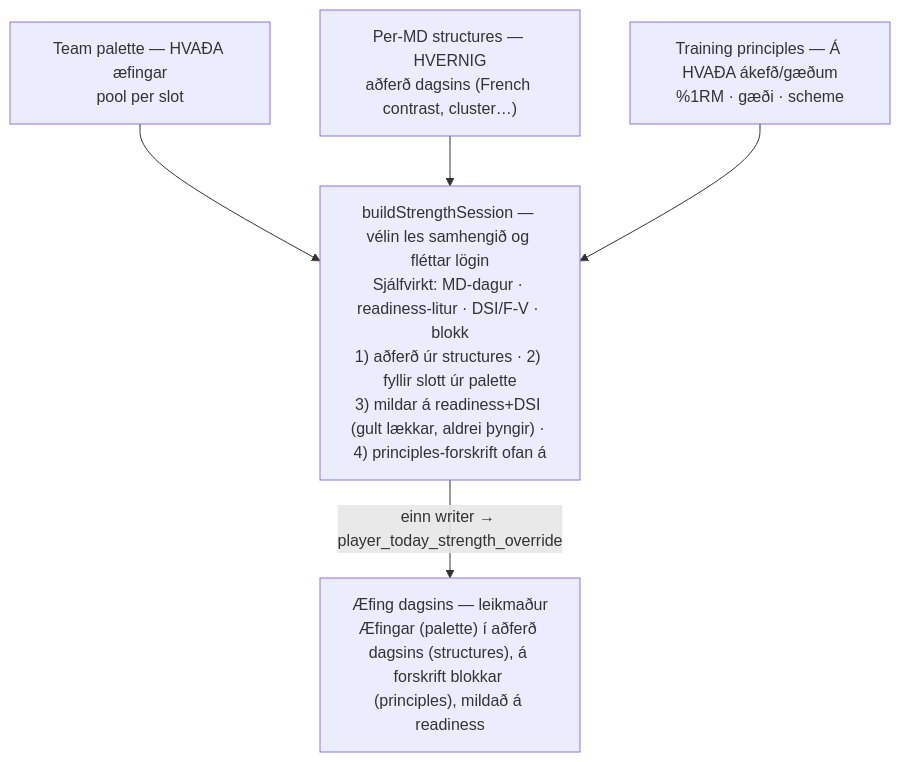
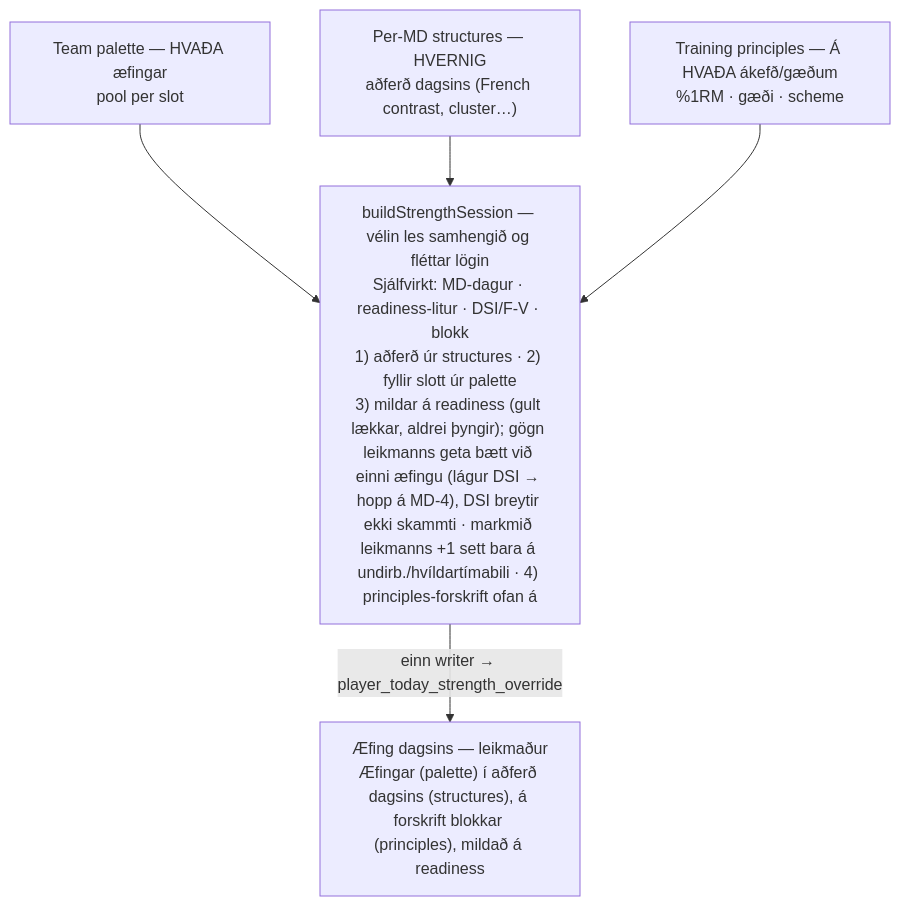
One commit to helgi-ops/breidablik.readiness changed the first of 4 diagrams in docs/strength-delivery-diagrams.md. Above: the diagram before and after it, drawn with Mermaid. The commit also changed 24 other files, not shown here.

First line of the commit message:
feat(strength): the goal's extra set only in pre-/off-season; DSI suggests a goal

````diff
--- a/docs/strength-delivery-diagrams.md
+++ b/docs/strength-delivery-diagrams.md
@@ -16,12 +16,12 @@
 ```mermaid
 flowchart TD
   P["Team palette — HVAÐA æfingar<br/>pool per slot"]
   S["Per-MD structures — HVERNIG<br/>aðferð dagsins (French contrast, cluster…)"]
   R["Training principles — Á HVAÐA ákefð/gæðum<br/>%1RM · gæði · scheme"]
-  B["buildStrengthSession — vélin les samhengið og fléttar lögin<br/>Sjálfvirkt: MD-dagur · readiness-litur · DSI/F-V · blokk<br/>1) aðferð úr structures · 2) fyllir slott úr palette<br/>3) mildar á readiness+DSI (gult lækkar, aldrei þyngir) · 4) principles-forskrift ofan á"]
+  B["buildStrengthSession — vélin les samhengið og fléttar lögin<br/>Sjálfvirkt: MD-dagur · readiness-litur · DSI/F-V · blokk<br/>1) aðferð úr structures · 2) fyllir slott úr palette<br/>3) mildar á readiness (gult lækkar, aldrei þyngir); gögn leikmanns geta bætt við einni æfingu (lágur DSI → hopp á MD-4), DSI breytir ekki skammti · markmið leikmanns +1 sett bara á undirb./hvíldartímabili · 4) principles-forskrift ofan á"]
   O["Æfing dagsins — leikmaður<br/>Æfingar (palette) í aðferð dagsins (structures), á forskrift blokkar (principles), mildað á readiness"]
   P --> B
   S --> B
   R --> B
   B -->|"einn writer → player_today_strength_override"| O
 ```
````
